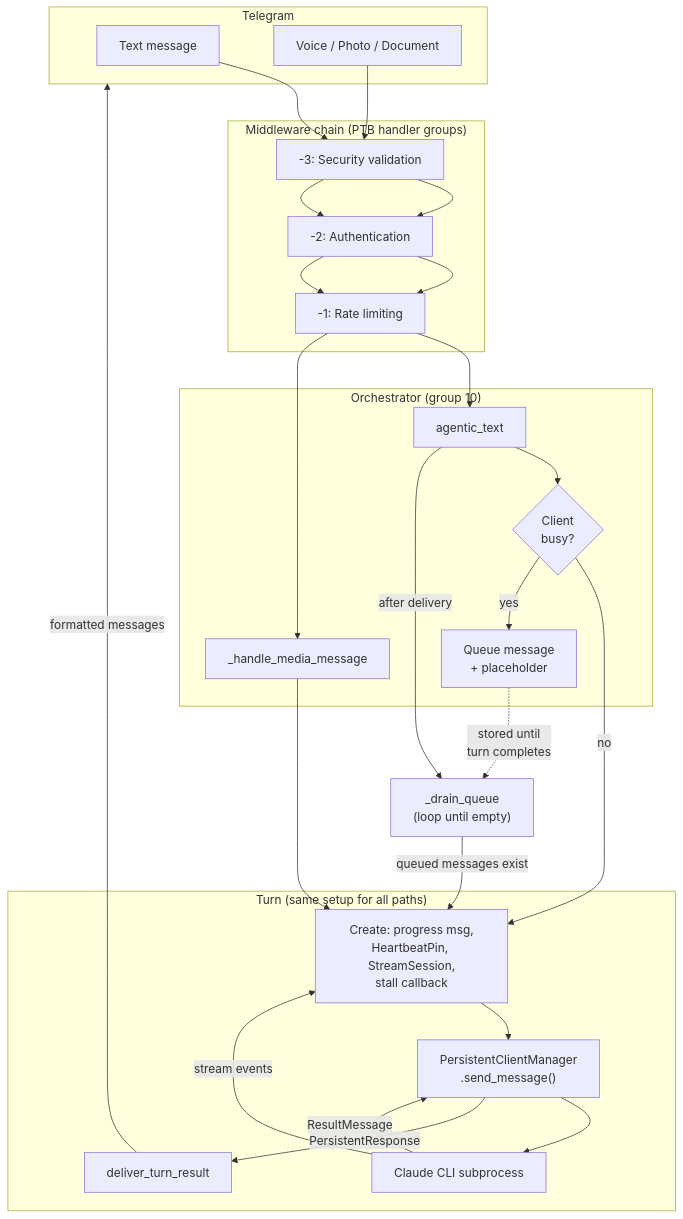
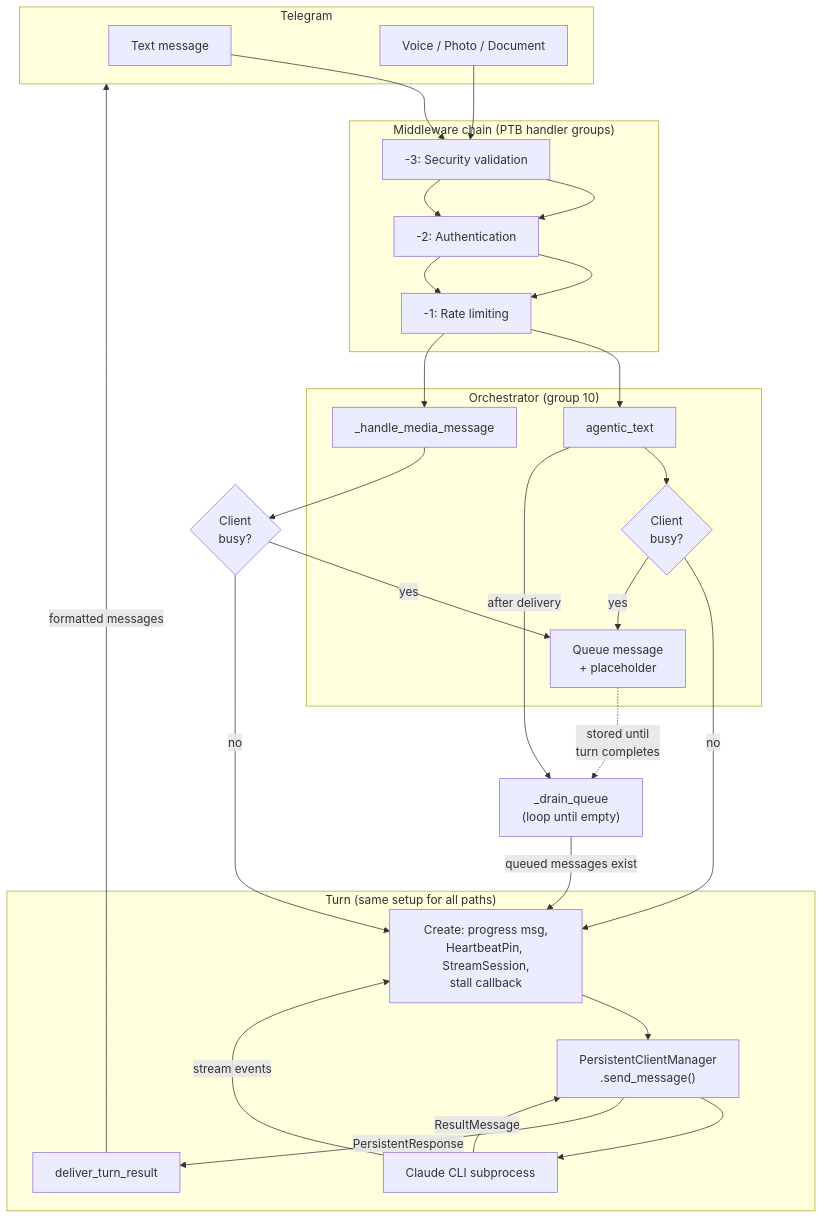
Before and after one commit to Captain-Bacon/claude-code-telegram: the first of 4 diagrams in docs/architecture.md, drawn with Mermaid. The commit also changed other lines of this file and 1 other file, not shown here.

Commit message:
Update architecture diagram and orientation: media busy-check fix, scheduler model selection

````diff
--- a/docs/architecture.md
+++ b/docs/architecture.md
@@ -13,49 +13,51 @@
 ```mermaid
 flowchart TD
     subgraph Telegram
         TM[Text message]
         MM[Voice / Photo / Document]
     end
 
     subgraph Middleware ["Middleware chain (PTB handler groups)"]
         SEC["-3: Security validation"]
         AUTH["-2: Authentication"]
         RATE["-1: Rate limiting"]
     end
 
     subgraph Orchestrator ["Orchestrator (group 10)"]
         AT["agentic_text"]
         BUSY{"Client\nbusy?"}
         QUEUE["Queue message\n+ placeholder"]
         MH["_handle_media_message"]
     end
 
     subgraph Turn ["Turn (same setup for all paths)"]
         TS["Create: progress msg,\nHeartbeatPin, StreamSession,\nstall callback"]
         PCM["PersistentClientManager\n.send_message()"]
         CLI["Claude CLI subprocess"]
         DTR["deliver_turn_result"]
     end
 
     DQ["_drain_queue\n(loop until empty)"]
 
     TM --> SEC --> AUTH --> RATE --> AT
     MM --> SEC --> AUTH --> RATE --> MH
 
     AT --> BUSY
     BUSY -->|no| TS
     BUSY -->|yes| QUEUE
 
-    MH --> TS
+    MH --> MBUSY{"Client\nbusy?"}
+    MBUSY -->|no| TS
+    MBUSY -->|yes| QUEUE
 
     TS --> PCM --> CLI
     CLI -->|stream events| TS
     CLI -->|ResultMessage| PCM
     PCM -->|PersistentResponse| DTR
 
     DTR -->|formatted messages| Telegram
 
     AT -->|"after delivery"| DQ
     DQ -->|queued messages exist| TS
     QUEUE -.->|"stored until\nturn completes"| DQ
 ```
````
